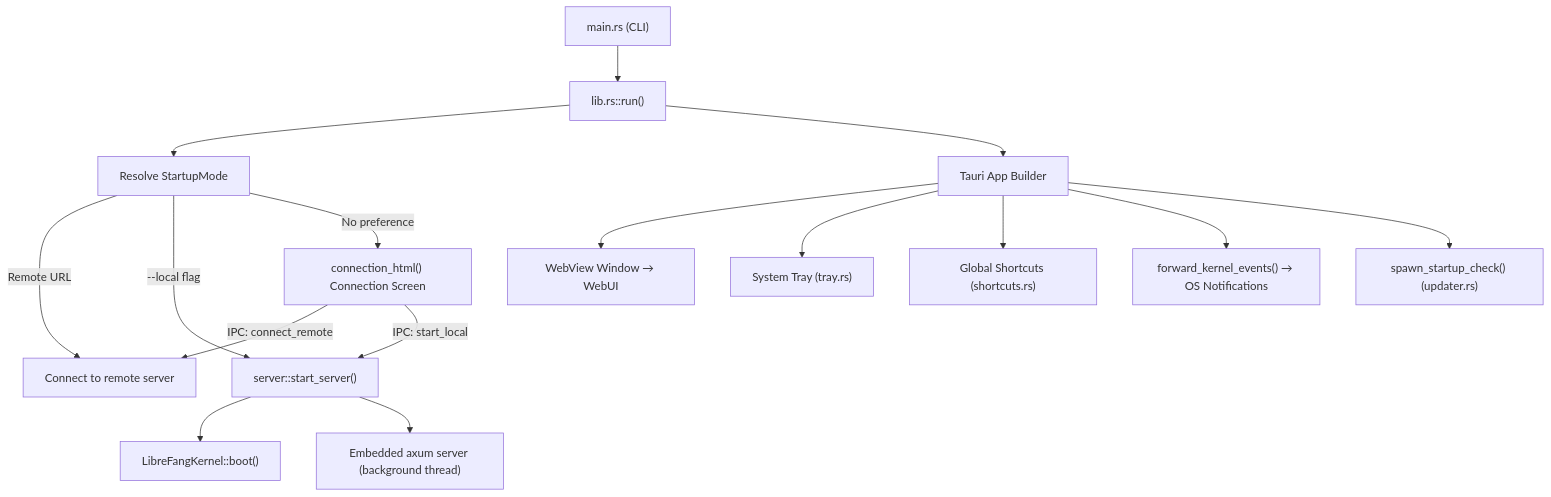
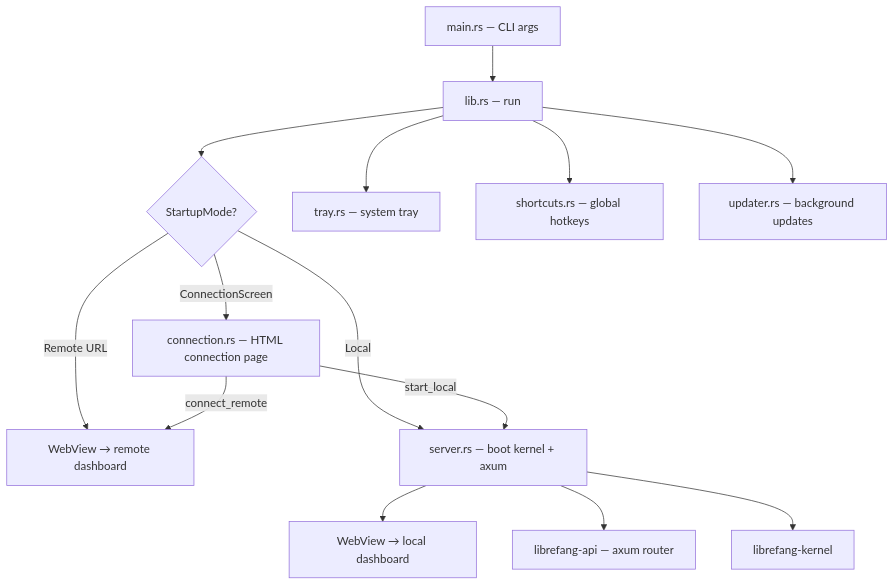
The diagram in desktop-application.md (leszek3737/librefang-WIki), drawn with Mermaid before and after one commit. The commit also changed other lines of this file and 93 other files, not shown here.

````diff
--- a/desktop-application.md
+++ b/desktop-application.md
@@ -11,21 +9,16 @@
 ```mermaid
 graph TD
-    CLI["main.rs (CLI)"] --> Run["lib.rs::run()"]
-    Run --> ModeRes["Resolve StartupMode"]
-    ModeRes -->|Remote URL| Remote["Connect to remote server"]
-    ModeRes -->|--local flag| LocalBoot["server::start_server()"]
-    ModeRes -->|No preference| ConnScreen["connection_html() Connection Screen"]
-
-    LocalBoot --> Kernel["LibreFangKernel::boot()"]
-    LocalBoot --> Axum["Embedded axum server (background thread)"]
-
-    Run --> TauriApp["Tauri App Builder"]
-    TauriApp --> WebView["WebView Window → WebUI"]
-    TauriApp --> Tray["System Tray (tray.rs)"]
-    TauriApp --> Shortcuts["Global Shortcuts (shortcuts.rs)"]
-    TauriApp --> Notifs["forward_kernel_events() → OS Notifications"]
-    TauriApp --> Updater["spawn_startup_check() (updater.rs)"]
-
-    ConnScreen -->|IPC: connect_remote| Remote
-    ConnScreen -->|IPC: start_local| LocalBoot
+    CLI[main.rs — CLI args] --> RUN[lib.rs — run]
+    RUN --> MODE{StartupMode?}
+    MODE -->|Remote URL| NAV1[WebView → remote dashboard]
+    MODE -->|Local| SRV[server.rs — boot kernel + axum]
+    MODE -->|ConnectionScreen| CONN[connection.rs — HTML connection page]
+    SRV --> NAV2[WebView → local dashboard]
+    CONN -->|connect_remote| NAV1
+    CONN -->|start_local| SRV
+    RUN --> TRAY[tray.rs — system tray]
+    RUN --> SHORT[shortcuts.rs — global hotkeys]
+    RUN --> UPD[updater.rs — background updates]
+    SRV --> API[librefang-api — axum router]
+    SRV --> KERNEL[librefang-kernel]
 ```
````
